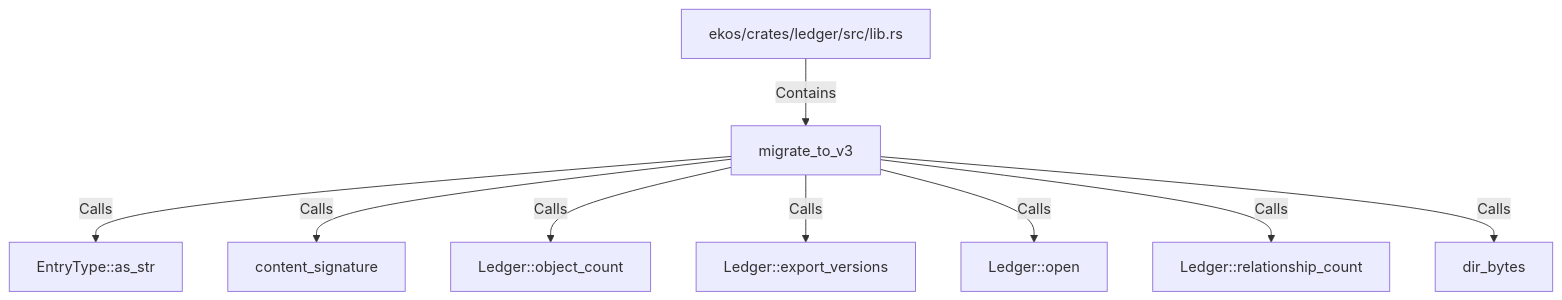
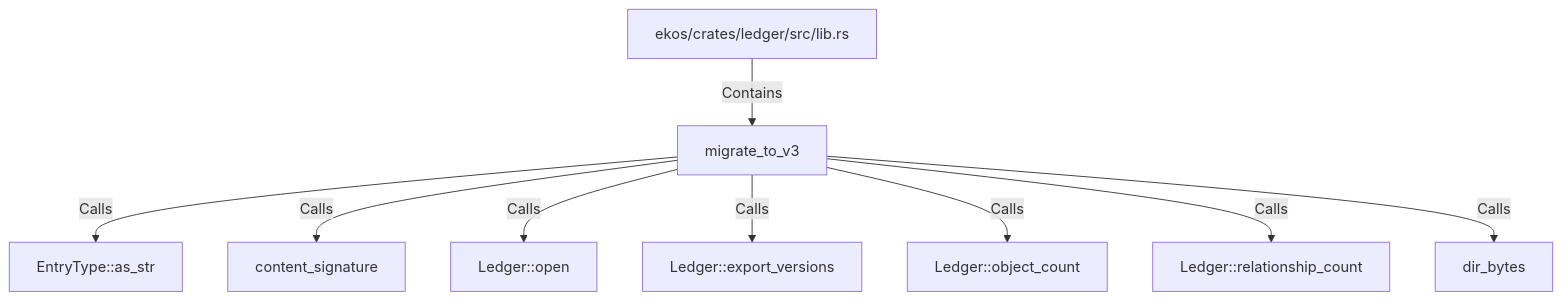
Before and after one commit to alexeyban/EKOS: the diagram in doc/entities/rustsymbol/mi/migrate-to-v3.md, drawn with Mermaid. The commit also changed other lines of this file and 552 other files, not shown here.

````diff
--- a/doc/entities/rustsymbol/mi/migrate-to-v3.md
+++ b/doc/entities/rustsymbol/mi/migrate-to-v3.md
@@ -27,20 +27,20 @@
 ```mermaid
 graph TD
     n1dab3f65615b56e9ae9be92c32a2cb63["migrate_to_v3"]
     n21938f45b76759339e7112e15ff53eb1["ekos/crates/ledger/src/lib.rs"]
     n21938f45b76759339e7112e15ff53eb1 -->|Contains| n1dab3f65615b56e9ae9be92c32a2cb63
     n0beb5b7638f453a29ee4e1070cca9822["EntryType::as_str"]
     n1dab3f65615b56e9ae9be92c32a2cb63 -->|Calls| n0beb5b7638f453a29ee4e1070cca9822
     n66c7da4870e557fb98825a5b05933963["content_signature"]
     n1dab3f65615b56e9ae9be92c32a2cb63 -->|Calls| n66c7da4870e557fb98825a5b05933963
+    n1202f2b1c8ed5a89aac35ef29891cb8b["Ledger::open"]
+    n1dab3f65615b56e9ae9be92c32a2cb63 -->|Calls| n1202f2b1c8ed5a89aac35ef29891cb8b
+    n1ed3c4b0eefc5cee8f3bf559c0e5f97e["Ledger::export_versions"]
+    n1dab3f65615b56e9ae9be92c32a2cb63 -->|Calls| n1ed3c4b0eefc5cee8f3bf559c0e5f97e
     nf92c42cd96e25b558bc12184a7ea22d5["Ledger::object_count"]
     n1dab3f65615b56e9ae9be92c32a2cb63 -->|Calls| nf92c42cd96e25b558bc12184a7ea22d5
-    n1ed3c4b0eefc5cee8f3bf559c0e5f97e["Ledger::export_versions"]
-    n1dab3f65615b56e9ae9be92c32a2cb63 -->|Calls| n1ed3c4b0eefc5cee8f3bf559c0e5f97e
-    n1202f2b1c8ed5a89aac35ef29891cb8b["Ledger::open"]
-    n1dab3f65615b56e9ae9be92c32a2cb63 -->|Calls| n1202f2b1c8ed5a89aac35ef29891cb8b
     nfd2750d905105e05ac77f3125db298a6["Ledger::relationship_count"]
     n1dab3f65615b56e9ae9be92c32a2cb63 -->|Calls| nfd2750d905105e05ac77f3125db298a6
     n94d64c98e745574a89b38734f99623eb["dir_bytes"]
     n1dab3f65615b56e9ae9be92c32a2cb63 -->|Calls| n94d64c98e745574a89b38734f99623eb
 ```
````
